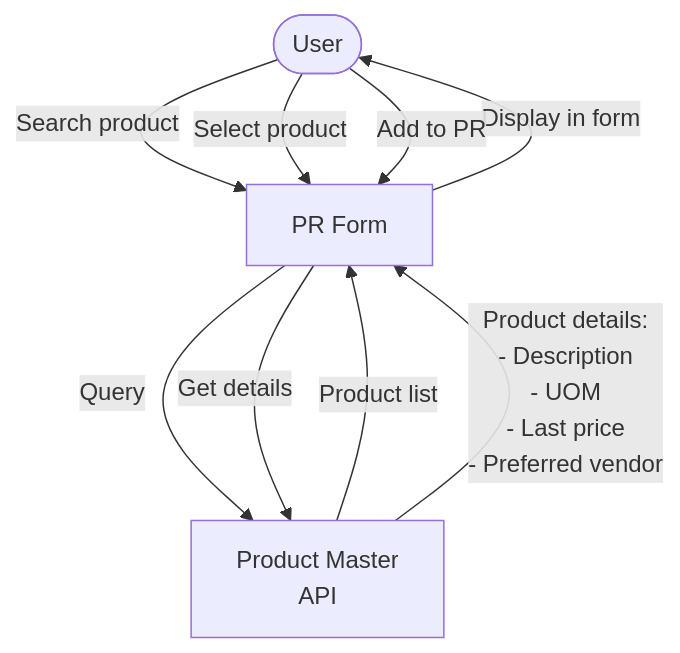
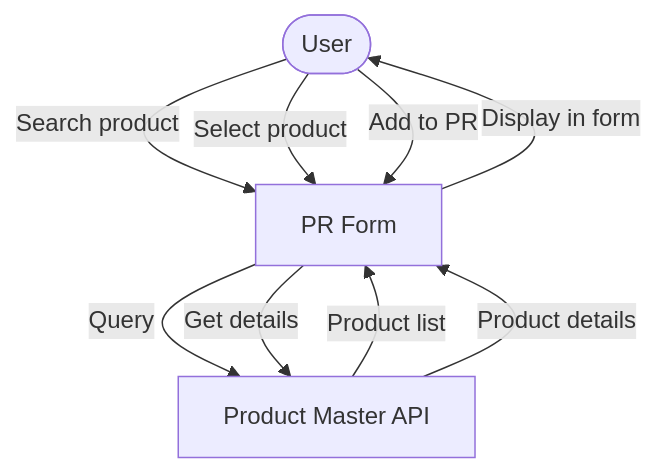
One commit to CarmenSoftware-organization/carmen changed diagram 19 of 30 in docs/app/procurement/purchase-requests/FD-purchase-requests.md. Above: the diagram before and after it, drawn with Mermaid. The commit also changed other lines of this file and 1788 other files, not shown here.

````diff
--- a/docs/app/procurement/purchase-requests/FD-purchase-requests.md
+++ b/docs/app/procurement/purchase-requests/FD-purchase-requests.md
@@ -800,13 +849,13 @@
 ```mermaid
 flowchart TD
     User([User]) -->|Search product| PR[PR Form]
-    PR -->|Query| PM[Product Master<br/>API]
+    PR -->|Query| PM[Product Master API]
     PM -->|Product list| PR
 
     User -->|Select product| PR
     PR -->|Get details| PM
-    PM -->|Product details:<br/>- Description<br/>- UOM<br/>- Last price<br/>- Preferred vendor| PR
+    PM -->|Product details| PR
 
     PR -->|Display in form| User
     User -->|Add to PR| PR
 ```
````
